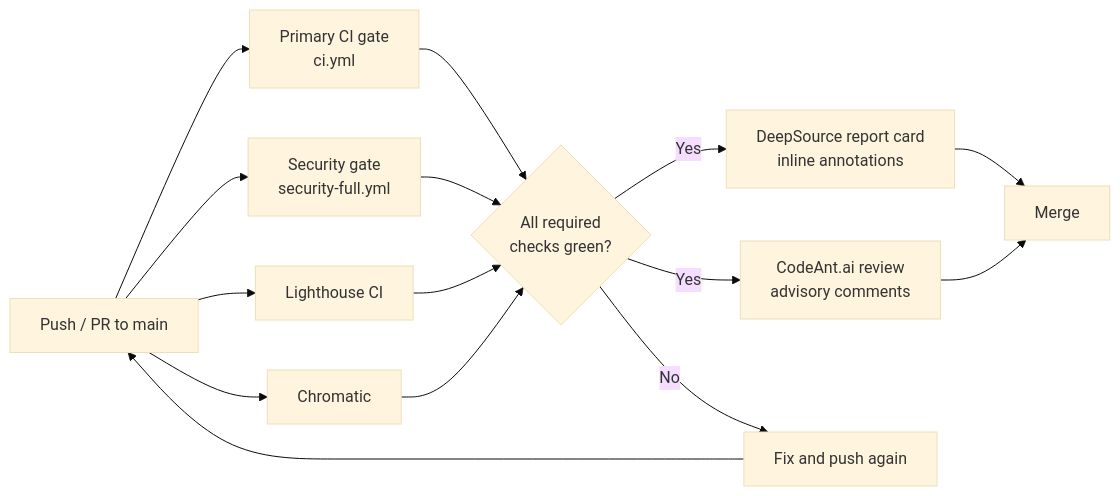
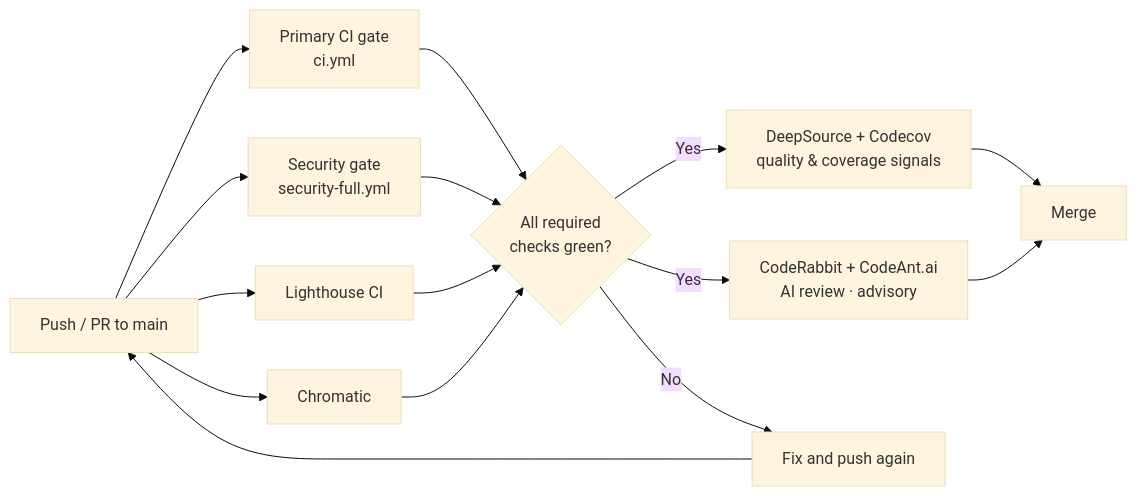
Before and after one commit to qnbs/Nexus-HEMS-Dash: the diagram in docs/PR-FEEDBACK-PLAYBOOK.md, drawn with Mermaid (base theme). The commit also changed other lines of this file and 29 other files, not shown here.

First line of the commit message:
ci: DevOps & code-quality-platform perfection pass (Codecov/CodeRabbit/CodeAnt/DeepSource) (#252)

````diff
--- a/docs/PR-FEEDBACK-PLAYBOOK.md
+++ b/docs/PR-FEEDBACK-PLAYBOOK.md
@@ -26,20 +26,20 @@
 ```mermaid
 flowchart LR
     A[Push / PR to main] --> B[Primary CI gate<br/>ci.yml]
     A --> C[Security gate<br/>security-full.yml]
     A --> D[Lighthouse CI]
     A --> E[Chromatic]
 
     B --> F{All required<br/>checks green?}
     C --> F
     D --> F
     E --> F
 
-    F -->|Yes| G[DeepSource report card<br/>inline annotations]
-    F -->|Yes| H[CodeAnt.ai review<br/>advisory comments]
+    F -->|Yes| G[DeepSource + Codecov<br/>quality & coverage signals]
+    F -->|Yes| H[CodeRabbit + CodeAnt.ai<br/>AI review · advisory]
     F -->|No| I[Fix and push again]
 
     G --> J[Merge]
     H --> J
     I --> A
 ```
````
